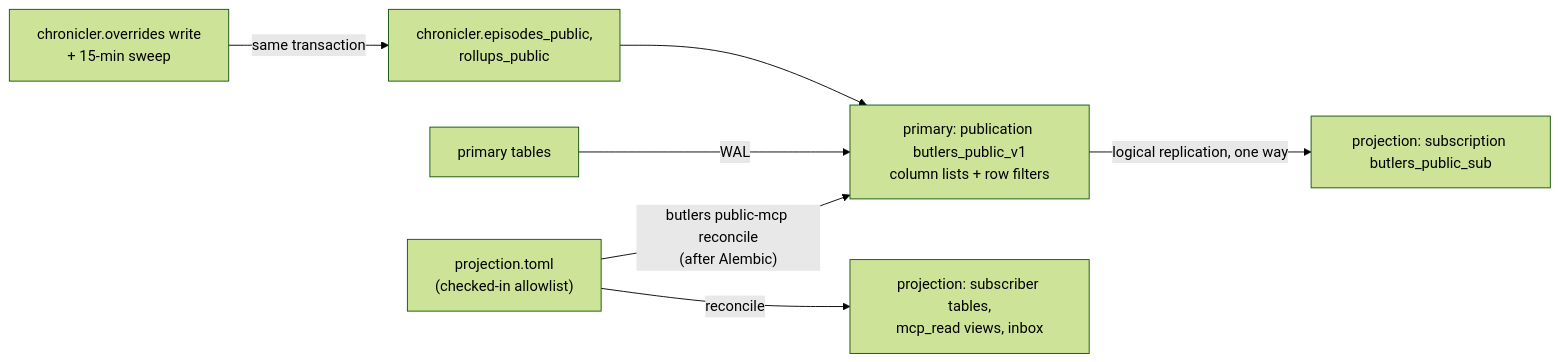
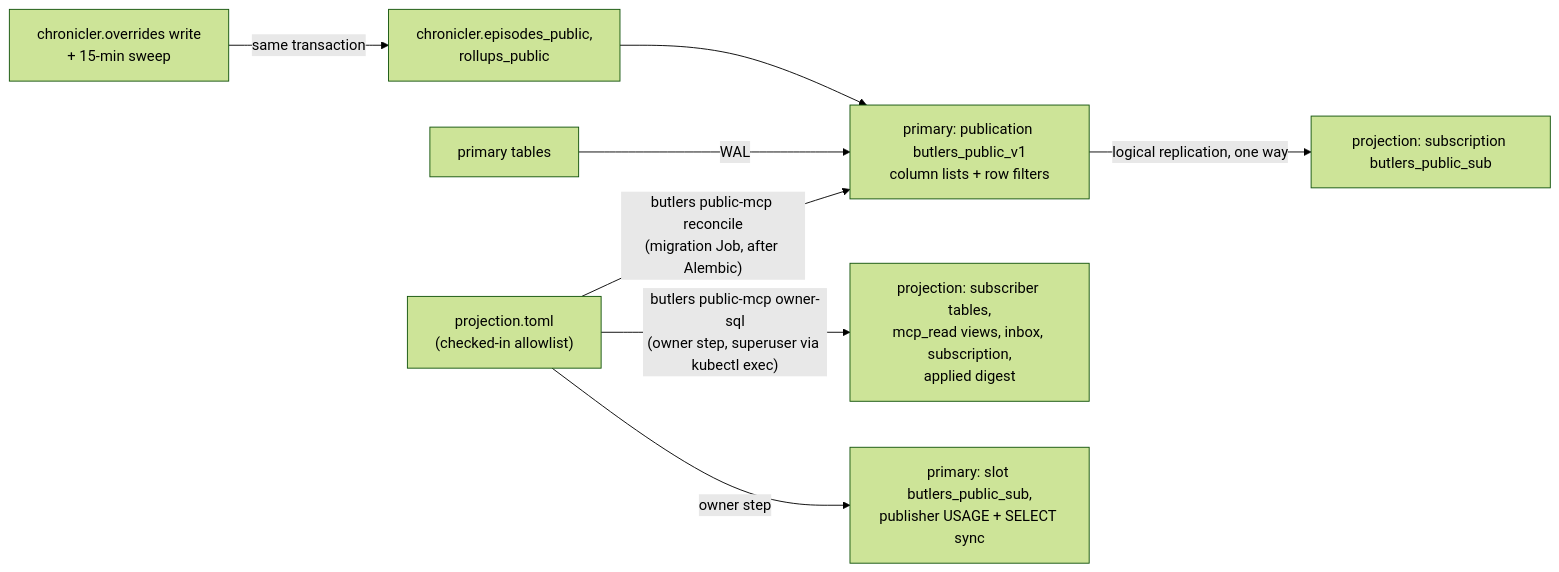
One commit to tzeusy-org/butlers changed the eighth of 9 diagrams in about/lay-and-land/data-flow.md. Above: the diagram before and after it, drawn with Mermaid (forest theme). The commit also changed other lines of this file and 16 other files, not shown here.

First line of the commit message:
docs: RFC 0039 owner decisions OD10-OD15 and the no-credential publisher

````diff
--- a/about/lay-and-land/data-flow.md
+++ b/about/lay-and-land/data-flow.md
@@ -359,9 +363,10 @@
 ```mermaid
 graph LR
-    M["projection.toml<br/>(checked-in allowlist)"] -->|"butlers public-mcp reconcile<br/>(after Alembic)"| PUB["primary: publication butlers_public_v1<br/>column lists + row filters"]
-    M -->|"reconcile"| SUBDDL["projection: subscriber tables,<br/>mcp_read views, inbox"]
+    M["projection.toml<br/>(checked-in allowlist)"] -->|"butlers public-mcp reconcile<br/>(migration Job, after Alembic)"| PUB["primary: publication butlers_public_v1<br/>column lists + row filters"]
+    M -->|"butlers public-mcp owner-sql<br/>(owner step, superuser via kubectl exec)"| SUBDDL["projection: subscriber tables,<br/>mcp_read views, inbox, subscription,<br/>applied digest"]
+    M -->|"owner step"| SLOT["primary: slot butlers_public_sub,<br/>publisher USAGE + SELECT sync"]
     SRC["primary tables"] -->|"WAL"| PUB
     PUB -->|"logical replication, one way"| SUB["projection: subscription butlers_public_sub"]
     CHR["chronicler.overrides write<br/>+ 15-min sweep"] -->|"same transaction"| CP["chronicler.episodes_public,<br/>rollups_public"]
     CP --> PUB
 ```
````
